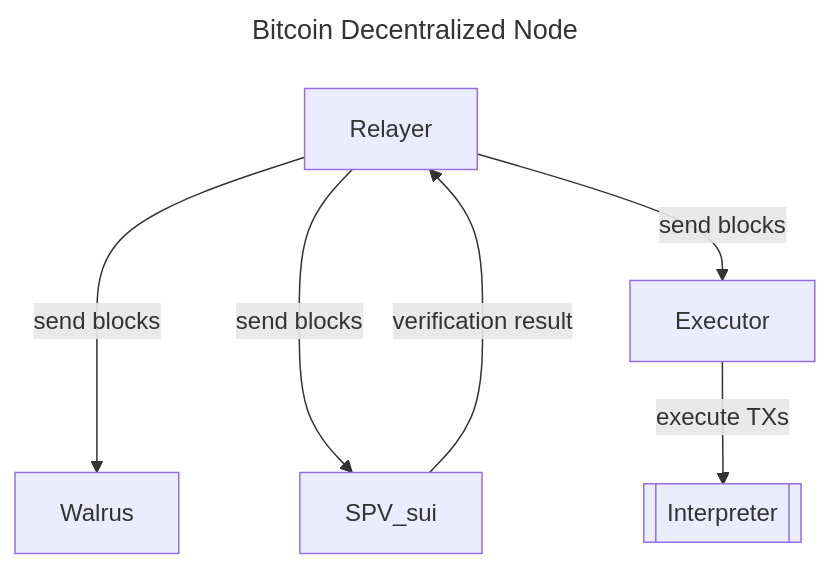
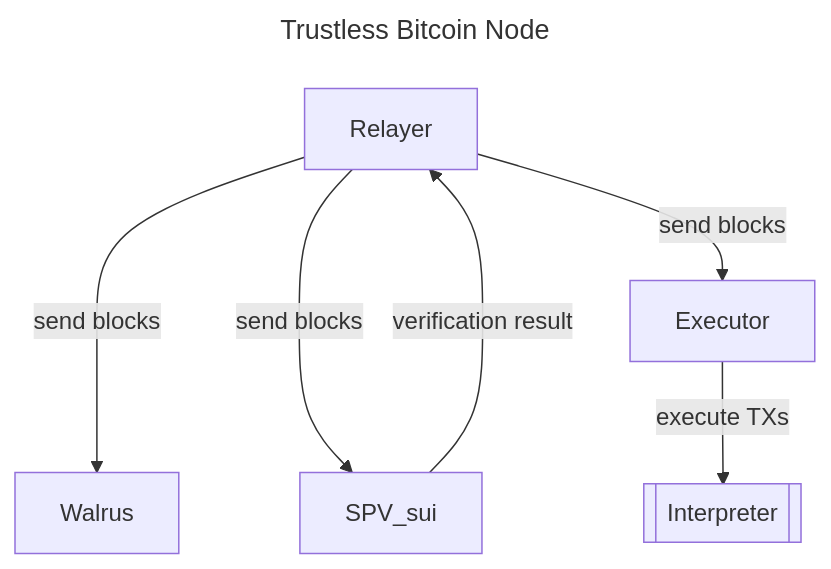
The second of 3 diagrams in bitcoin_executor/README.md (gonative-cc/sui-native), drawn with Mermaid before and after one commit. The commit also changed other lines of this file and 1 other file, not shown here.

Commit message:
docs: more bitcoin-executor docs

````diff
--- a/bitcoin_executor/README.md
+++ b/bitcoin_executor/README.md
@@ -32,12 +54,12 @@
 ```mermaid
 ---
-title: Bitcoin Decentralized Node
+title: Trustless Bitcoin Node
 ---
 flowchart
     Relayer -- send blocks ---> Walrus
     Relayer -- send blocks ---> SPV_sui
     SPV_sui -- verification result --> Relayer
     Relayer -- send blocks --> Executor
 
     Executor -- execute TXs --> Interpreter[[Interpreter]]
 ```
````
